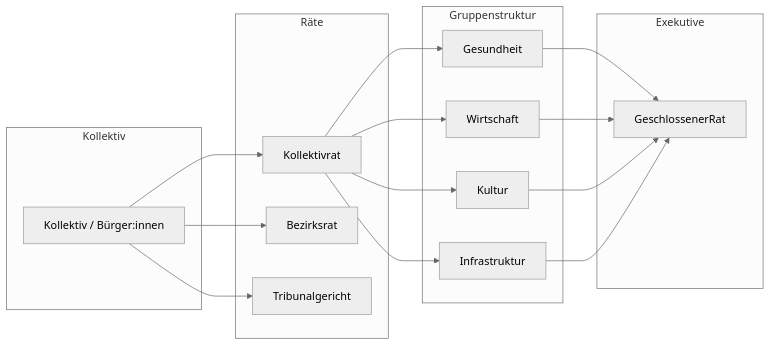
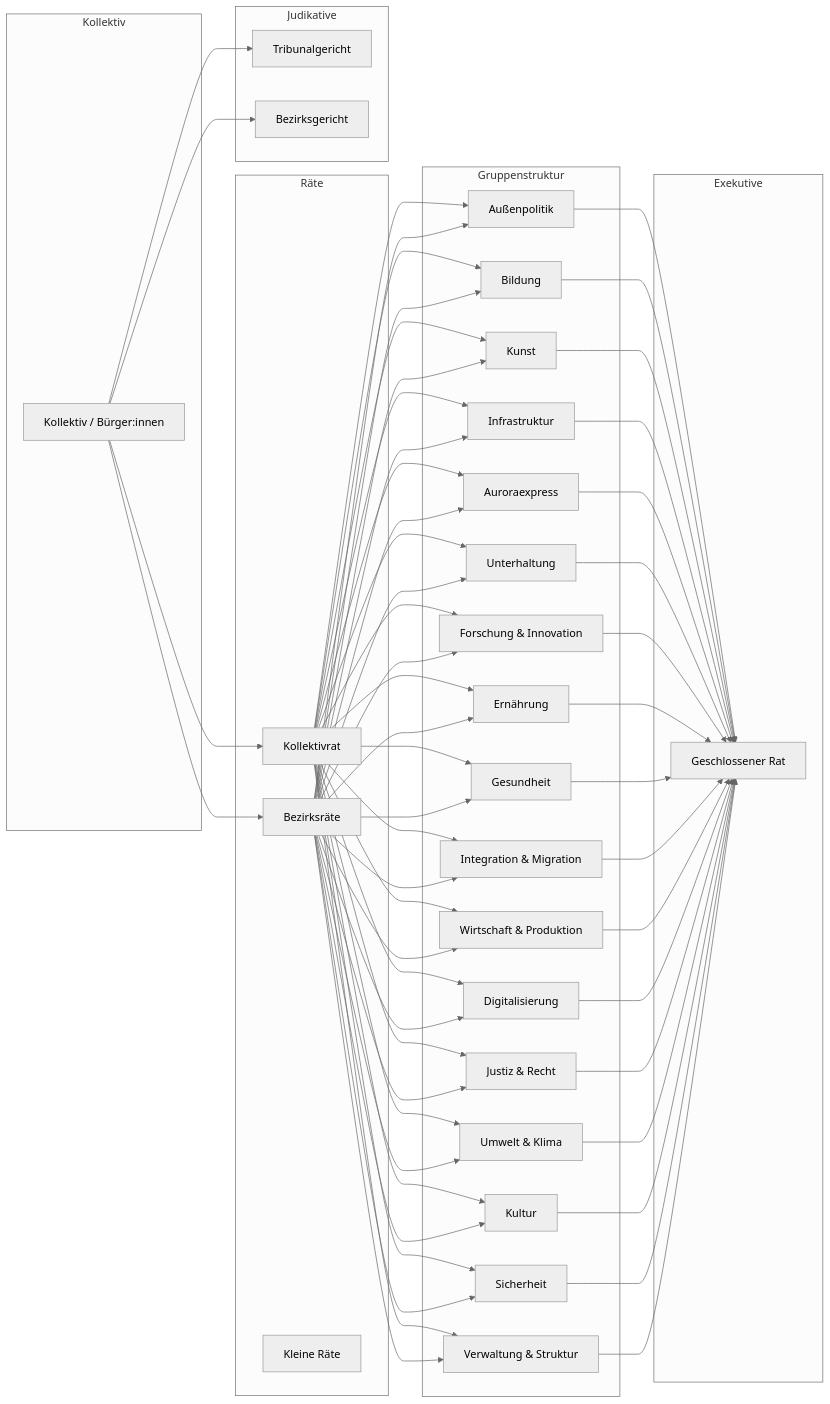
One commit to hades-dux/Kollektive-Raeterepublik changed the second of 3 diagrams in Meta_und_Systemstruktur/09_Visualisierung_der_Systemlogik.md. Above: the diagram before and after it, drawn with Mermaid (neutral theme). The commit also changed other lines of this file, not shown here.

Commit message:
Korrigierte und erweiterte Visualisierung der Systemlogik (Institutionen & Diagramme aktualisiert)

````diff
--- a/Meta_und_Systemstruktur/09_Visualisierung_der_Systemlogik.md
+++ b/Meta_und_Systemstruktur/09_Visualisierung_der_Systemlogik.md
@@ -49,27 +49,91 @@
     end
     subgraph Räte
         Kollektivrat
-        Bezirksrat
-        Tribunalgericht
+        Bezirksräte
+        KleineRäte[Kleine Räte]
     end
     subgraph Gruppenstruktur
-        GruppeA[Gesundheit]
-        GruppeB[Wirtschaft]
-        GruppeC[Kultur]
-        GruppeD[Infrastruktur]
+        Außenpolitik
+        Bildung
+        Kunst
+        Infrastruktur
+        Auroraexpress
+        Unterhaltung
+        ForschungInnovation[Forschung & Innovation]
+        Ernährung
+        Gesundheit
+        IntegrationMigration[Integration & Migration]
+        WirtschaftProduktion[Wirtschaft & Produktion]
+        Digitalisierung
+        JustizRecht[Justiz & Recht]
+        UmweltKlima[Umwelt & Klima]
+        Kultur
+        Sicherheit
+        VerwaltungStruktur[Verwaltung & Struktur]
     end
     subgraph Exekutive
-        GeschlossenerRat
+        GeschlossenerRat[Geschlossener Rat]
+    end
+    subgraph Judikative
+        Tribunalgericht
+        Bezirksgericht
     end
     Bürger --> Kollektivrat
-    Bürger --> Bezirksrat
-    Kollektivrat --> GruppeA
-    Kollektivrat --> GruppeB
-    Kollektivrat --> GruppeC
-    Kollektivrat --> GruppeD
-    GruppeA --> GeschlossenerRat
-    GruppeB --> GeschlossenerRat
-    GruppeC --> GeschlossenerRat
-    GruppeD --> GeschlossenerRat
+    Bürger --> Bezirksräte
+    Kollektivrat --> Außenpolitik
+    Kollektivrat --> Bildung
+    Kollektivrat --> Kunst
+    Kollektivrat --> Infrastruktur
+    Kollektivrat --> Auroraexpress
+    Kollektivrat --> Unterhaltung
+    Kollektivrat --> ForschungInnovation
+    Kollektivrat --> Ernährung
+    Kollektivrat --> Gesundheit
+    Kollektivrat --> IntegrationMigration
+    Kollektivrat --> WirtschaftProduktion
+    Kollektivrat --> Digitalisierung
+    Kollektivrat --> JustizRecht
+    Kollektivrat --> UmweltKlima
+    Kollektivrat --> Kultur
+    Kollektivrat --> Sicherheit
+    Kollektivrat --> VerwaltungStruktur
+
+    Bezirksräte --> Außenpolitik
+    Bezirksräte --> Bildung
+    Bezirksräte --> Kunst
+    Bezirksräte --> Infrastruktur
+    Bezirksräte --> Auroraexpress
+    Bezirksräte --> Unterhaltung
+    Bezirksräte --> ForschungInnovation
+    Bezirksräte --> Ernährung
+    Bezirksräte --> Gesundheit
+    Bezirksräte --> IntegrationMigration
+    Bezirksräte --> WirtschaftProduktion
+    Bezirksräte --> Digitalisierung
+    Bezirksräte --> JustizRecht
+    Bezirksräte --> UmweltKlima
+    Bezirksräte --> Kultur
+    Bezirksräte --> Sicherheit
+    Bezirksräte --> VerwaltungStruktur
+
+    Außenpolitik --> GeschlossenerRat
+    Bildung --> GeschlossenerRat
+    Kunst --> GeschlossenerRat
+    Infrastruktur --> GeschlossenerRat
+    Auroraexpress --> GeschlossenerRat
+    Unterhaltung --> GeschlossenerRat
+    ForschungInnovation --> GeschlossenerRat
+    Ernährung --> GeschlossenerRat
+    Gesundheit --> GeschlossenerRat
+    IntegrationMigration --> GeschlossenerRat
+    WirtschaftProduktion --> GeschlossenerRat
+    Digitalisierung --> GeschlossenerRat
+    JustizRecht --> GeschlossenerRat
+    UmweltKlima --> GeschlossenerRat
+    Kultur --> GeschlossenerRat
+    Sicherheit --> GeschlossenerRat
+    VerwaltungStruktur --> GeschlossenerRat
+
     Bürger --> Tribunalgericht
+    Bürger --> Bezirksgericht
 ```
````
